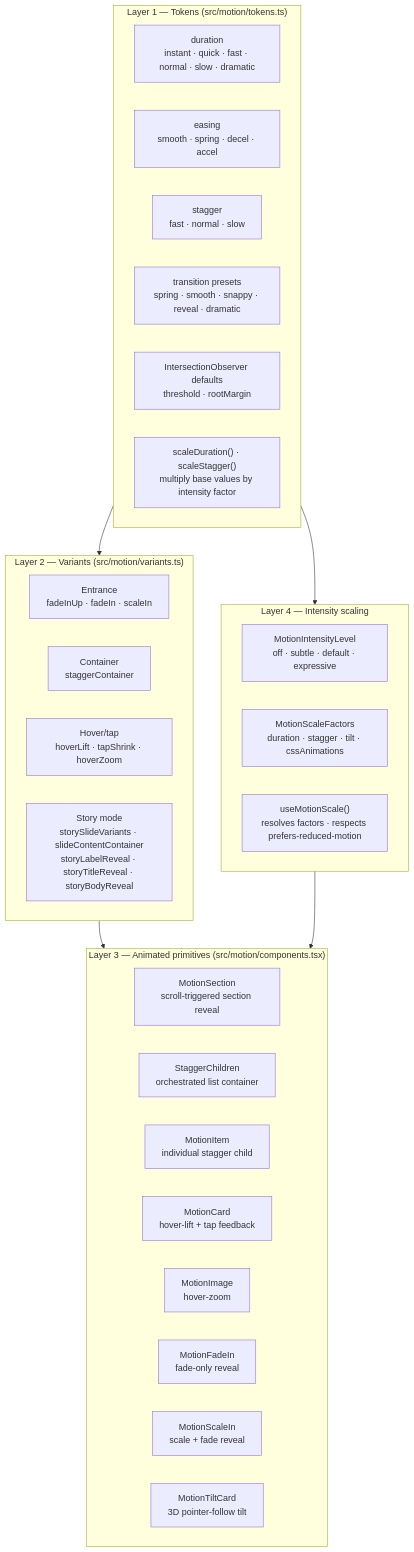
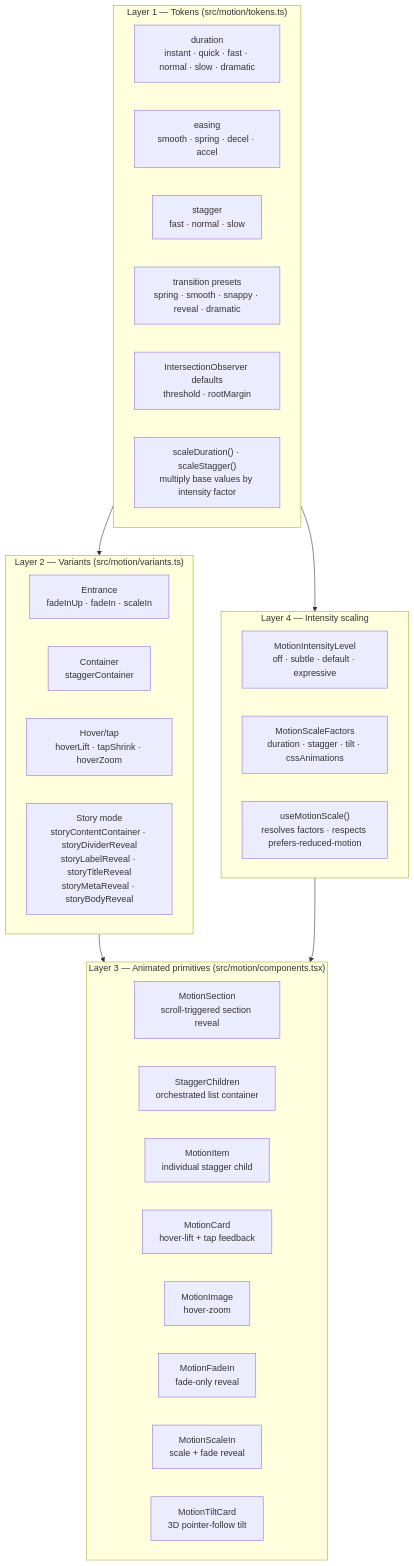
Before and after one commit to danphenderson/dev-danhenderson: the first of 7 diagrams in docs/frontend/motion-architecture.md, drawn with Mermaid. The commit also changed other lines of this file and 10 other files, not shown here.

````diff
--- a/docs/frontend/motion-architecture.md
+++ b/docs/frontend/motion-architecture.md
@@ -9,40 +9,40 @@
 ```mermaid
 flowchart TB
   subgraph Tokens["Layer 1 — Tokens (src/motion/tokens.ts)"]
     D["duration<br/>instant · quick · fast · normal · slow · dramatic"]
     E["easing<br/>smooth · spring · decel · accel"]
     S["stagger<br/>fast · normal · slow"]
     T["transition presets<br/>spring · smooth · snappy · reveal · dramatic"]
     IO["IntersectionObserver defaults<br/>threshold · rootMargin"]
     Scale["scaleDuration() · scaleStagger()<br/>multiply base values by intensity factor"]
   end
 
   subgraph Variants["Layer 2 — Variants (src/motion/variants.ts)"]
     Entrance["Entrance<br/>fadeInUp · fadeIn · scaleIn"]
     Container["Container<br/>staggerContainer"]
     Hover["Hover/tap<br/>hoverLift · tapShrink · hoverZoom"]
-    Story["Story mode<br/>storySlideVariants · slideContentContainer<br/>storyLabelReveal · storyTitleReveal · storyBodyReveal"]
+    Story["Story mode<br/>storyContentContainer · storyDividerReveal<br/>storyLabelReveal · storyTitleReveal<br/>storyMetaReveal · storyBodyReveal"]
   end
 
   subgraph Components["Layer 3 — Animated primitives (src/motion/components.tsx)"]
     MS["MotionSection<br/>scroll-triggered section reveal"]
     SC["StaggerChildren<br/>orchestrated list container"]
     MI["MotionItem<br/>individual stagger child"]
     MC["MotionCard<br/>hover-lift + tap feedback"]
     MImg["MotionImage<br/>hover-zoom"]
     MFI["MotionFadeIn<br/>fade-only reveal"]
     MSI["MotionScaleIn<br/>scale + fade reveal"]
     MTC["MotionTiltCard<br/>3D pointer-follow tilt"]
   end
 
   subgraph Scaling["Layer 4 — Intensity scaling"]
     Prefs["MotionIntensityLevel<br/>off · subtle · default · expressive"]
     MSF["MotionScaleFactors<br/>duration · stagger · tilt · cssAnimations"]
     Hook["useMotionScale()<br/>resolves factors · respects prefers-reduced-motion"]
   end
 
   Tokens --> Variants
   Variants --> Components
   Scaling --> Components
   Tokens --> Scaling
 ```
````
